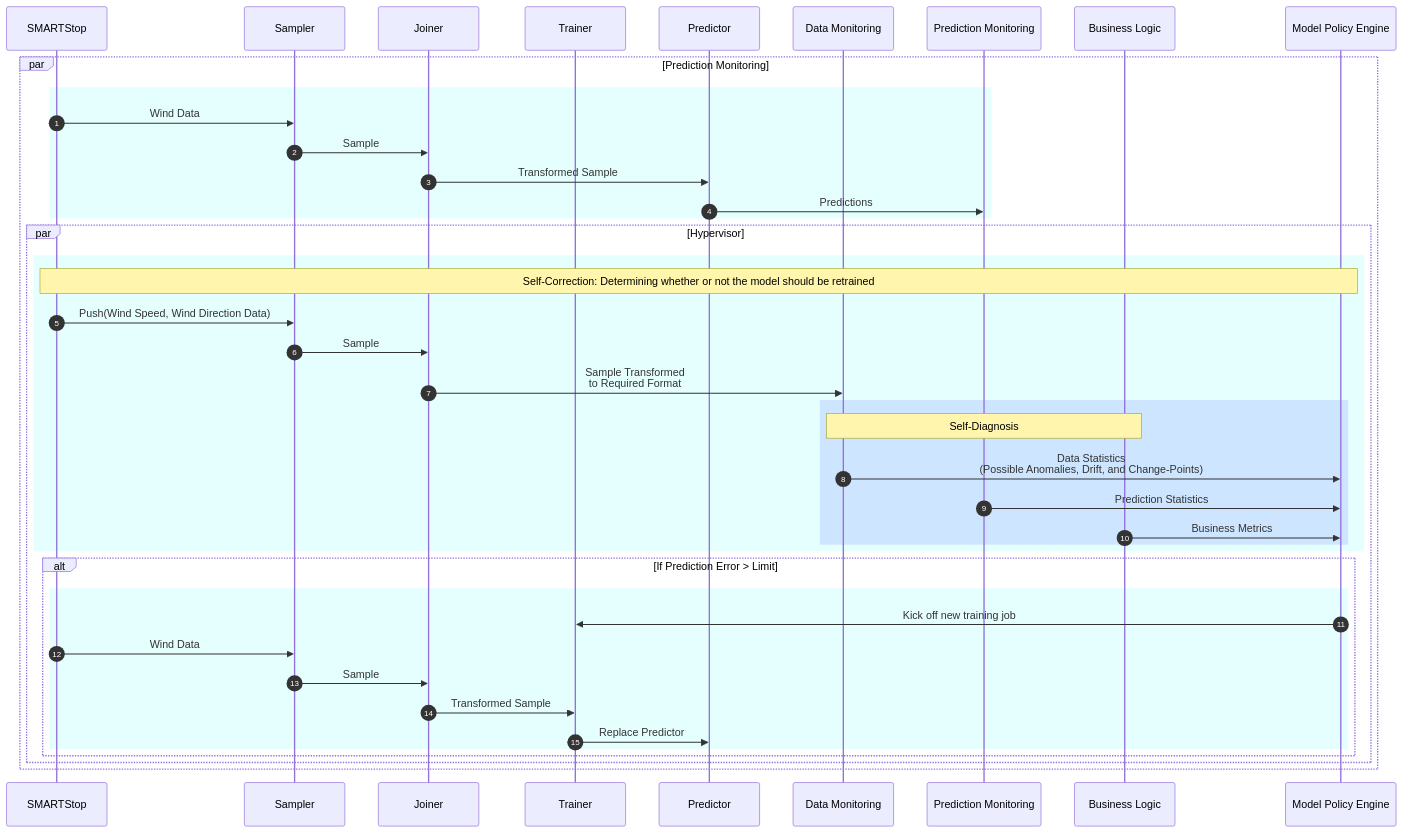
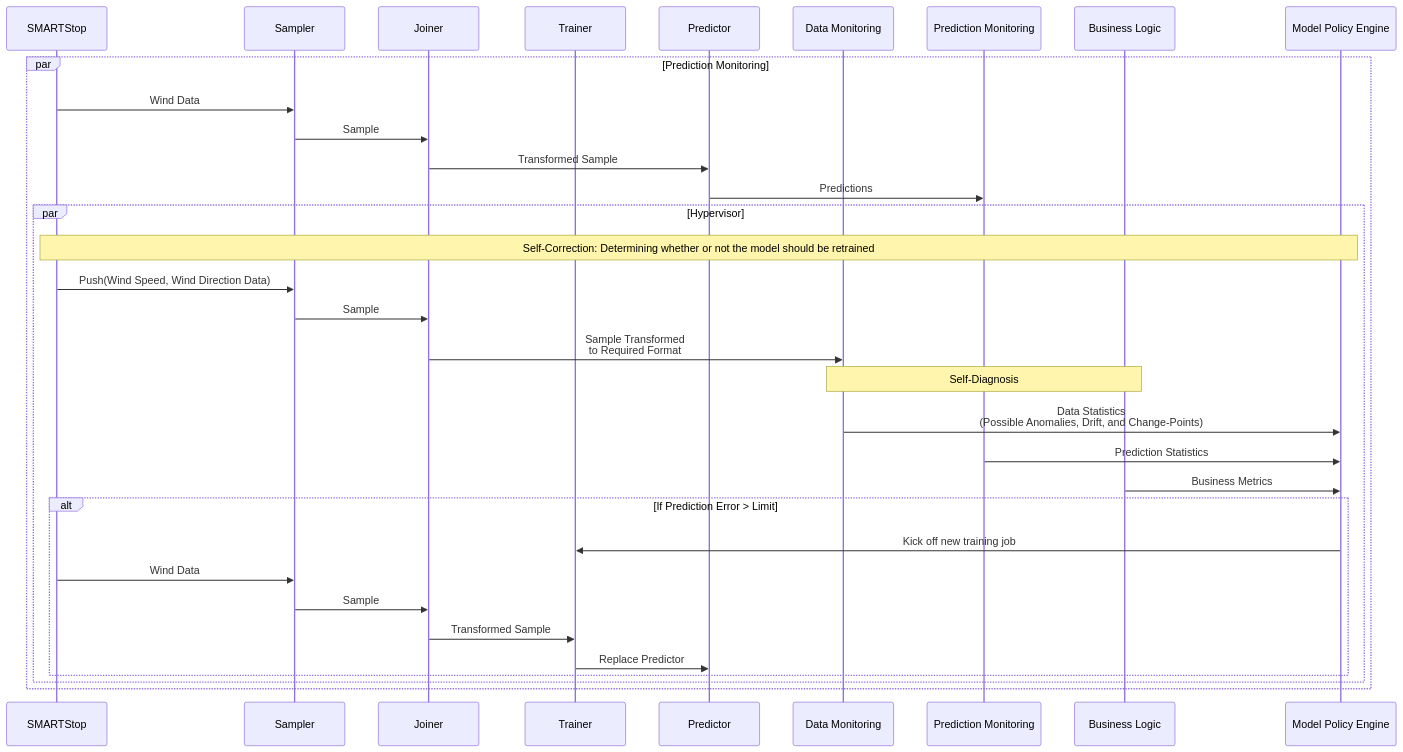
Before and after one commit to hannahmehravari/dissertation: the second of 2 diagrams in system_design_diagrams.md, drawn with Mermaid.

````diff
--- a/system_design_diagrams.md
+++ b/system_design_diagrams.md
@@ -46,44 +46,35 @@
 ```mermaid
 sequenceDiagram
     participant SMARTStop
     participant Sampler
     participant Joiner
     participant Trainer
     participant Predictor
     participant Data Monitoring
     participant Prediction Monitoring
     participant Business Logic
     participant Model Policy Engine
-    autonumber
     par Prediction Monitoring
-    rect rgba(0, 255, 255, .1)
     SMARTStop->>Sampler:Wind Data
     Sampler->>Joiner:Sample 
     Joiner->>Predictor:Transformed Sample
     Predictor->>Prediction Monitoring:Predictions
-    end
     par Hypervisor
-    rect rgba(0, 255, 255, .1)
     Note over SMARTStop, Model Policy Engine: Self-Correction: Determining whether or not the model should be retrained
     SMARTStop->>Sampler:Push(Wind Speed, Wind Direction Data)
     Sampler->>Joiner:Sample 
     Joiner->>Data Monitoring:Sample Transformed<br>to Required Format
-    rect rgba(0, 0, 255, .1)
     Note over Data Monitoring,Business Logic: Self-Diagnosis
     Data Monitoring->>Model Policy Engine:Data Statistics<br>(Possible Anomalies, Drift, and Change-Points)
     Prediction Monitoring->>Model Policy Engine:Prediction Statistics   
     Business Logic->>Model Policy Engine: Business Metrics
-    end
-    end
     alt If Prediction Error > Limit
-    rect rgba(0, 255, 255, .1)
     Model Policy Engine->>Trainer: Kick off new training job
     SMARTStop->>Sampler:Wind Data
     Sampler->>Joiner:Sample 
     Joiner->>Trainer:Transformed Sample
     Trainer->>Predictor: Replace Predictor
     end
     end
     end
-    end
 ```
````
